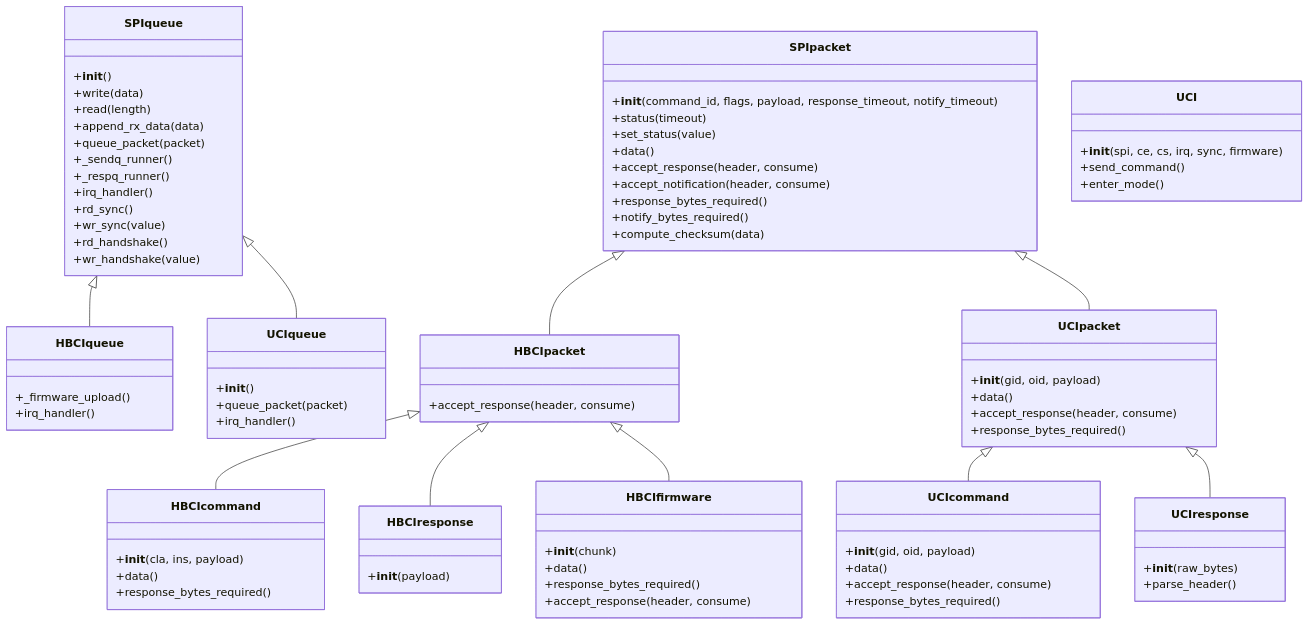
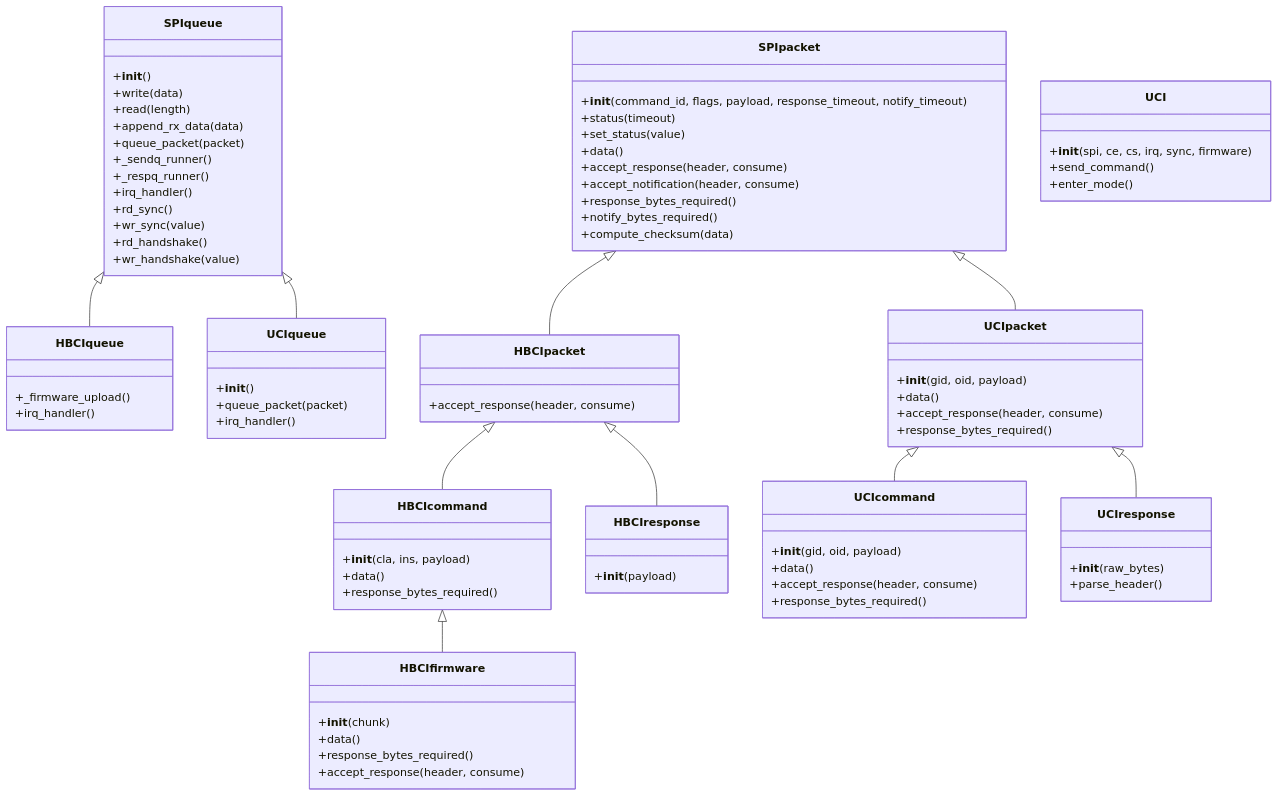
One commit to Raptor-Tech/micropython_can_esp32 changed the diagram in extmod/uci-core/README.md. Above: the diagram before and after it, drawn with Mermaid.

````diff
--- a/extmod/uci-core/README.md
+++ b/extmod/uci-core/README.md
@@ -91,7 +91,7 @@
 SPIpacket <|-- UCIpacket
 HBCIpacket <|-- HBCIcommand
 HBCIpacket <|-- HBCIresponse
-HBCIpacket <|-- HBCIfirmware
+HBCIcommand <|-- HBCIfirmware
 UCIpacket <|-- UCIcommand
 UCIpacket <|-- UCIresponse
 ```
````
